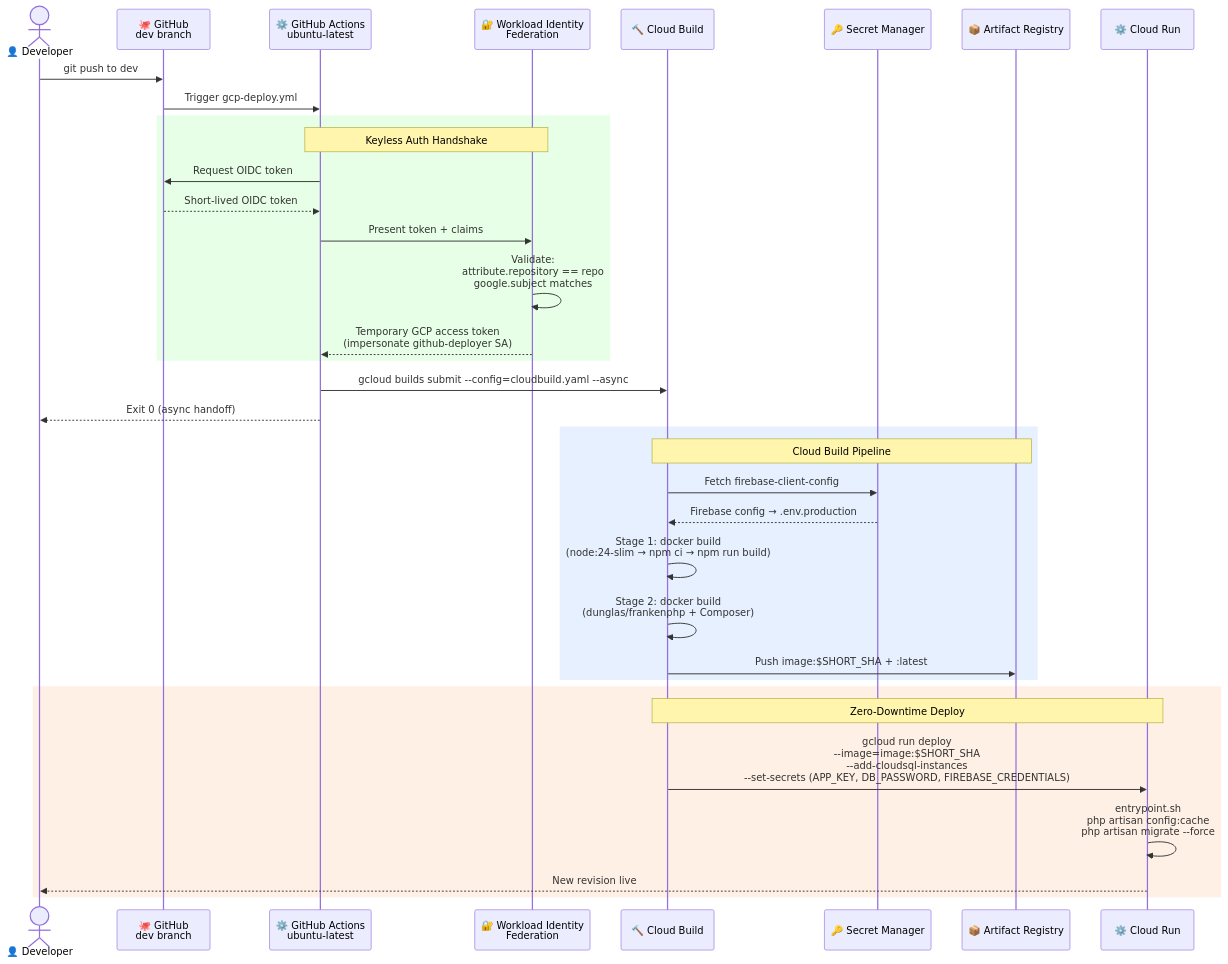
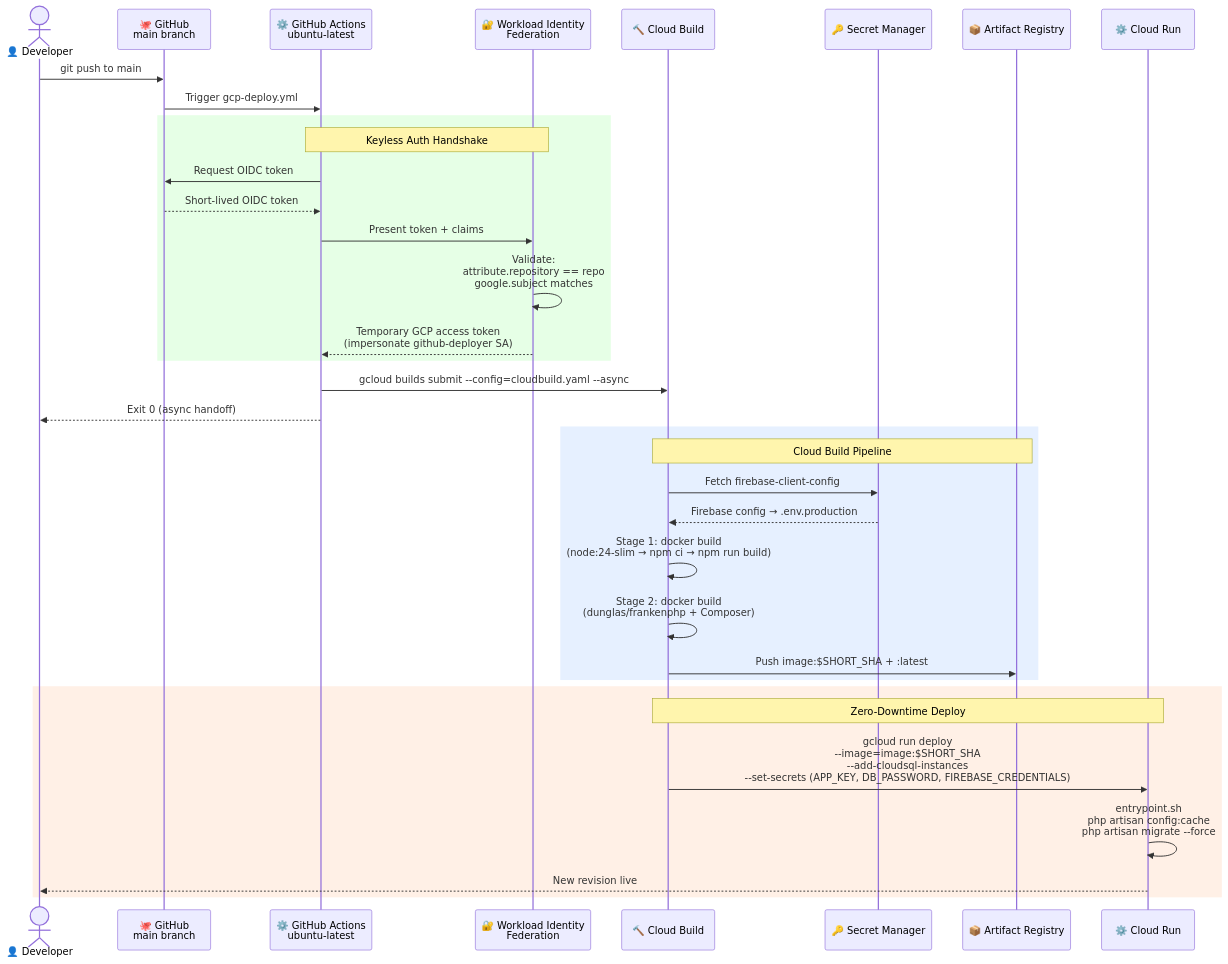
Before and after one commit to titorpw/Manajemen-Gudang-Cloud: the first of 3 diagrams in docs/cicd-pipeline.md, drawn with Mermaid. The commit also changed other lines of this file and 1 other file, not shown here.

Commit message:
fix: change deploy trigger at main push

````diff
--- a/docs/cicd-pipeline.md
+++ b/docs/cicd-pipeline.md
@@ -5,42 +5,42 @@
 ```mermaid
 sequenceDiagram
     actor Dev as 👤 Developer
-    participant GH as 🐙 GitHub<br/>dev branch
+    participant GH as 🐙 GitHub<br/>main branch
     participant GHA as ⚙️ GitHub Actions<br/>ubuntu-latest
     participant WIF as 🔐 Workload Identity<br/>Federation
     participant CB as 🔨 Cloud Build
     participant SM as 🔑 Secret Manager
     participant AR as 📦 Artifact Registry
     participant CR as ⚙️ Cloud Run
 
-    Dev->>GH: git push to dev
+    Dev->>GH: git push to main
     GH->>GHA: Trigger gcp-deploy.yml
 
     rect rgb(230, 255, 230)
         Note over GHA,WIF: Keyless Auth Handshake
         GHA->>GH: Request OIDC token
         GH-->>GHA: Short-lived OIDC token
         GHA->>WIF: Present token + claims
         WIF->>WIF: Validate:<br/>attribute.repository == repo<br/>google.subject matches
         WIF-->>GHA: Temporary GCP access token<br/>(impersonate github-deployer SA)
     end
 
     GHA->>CB: gcloud builds submit --config=cloudbuild.yaml --async
     GHA-->>Dev: Exit 0 (async handoff)
 
     rect rgb(230, 240, 255)
         Note over CB,AR: Cloud Build Pipeline
         CB->>SM: Fetch firebase-client-config
         SM-->>CB: Firebase config → .env.production
         CB->>CB: Stage 1: docker build<br/>(node:24-slim → npm ci → npm run build)
         CB->>CB: Stage 2: docker build<br/>(dunglas/frankenphp + Composer)
         CB->>AR: Push image:$SHORT_SHA + :latest
     end
 
     rect rgb(255, 240, 230)
         Note over CB,CR: Zero-Downtime Deploy
         CB->>CR: gcloud run deploy<br/>--image=image:$SHORT_SHA<br/>--add-cloudsql-instances<br/>--set-secrets (APP_KEY, DB_PASSWORD, FIREBASE_CREDENTIALS)
         CR->>CR: entrypoint.sh<br/>php artisan config:cache<br/>php artisan migrate --force
         CR-->>Dev: New revision live
     end
 ```
````
